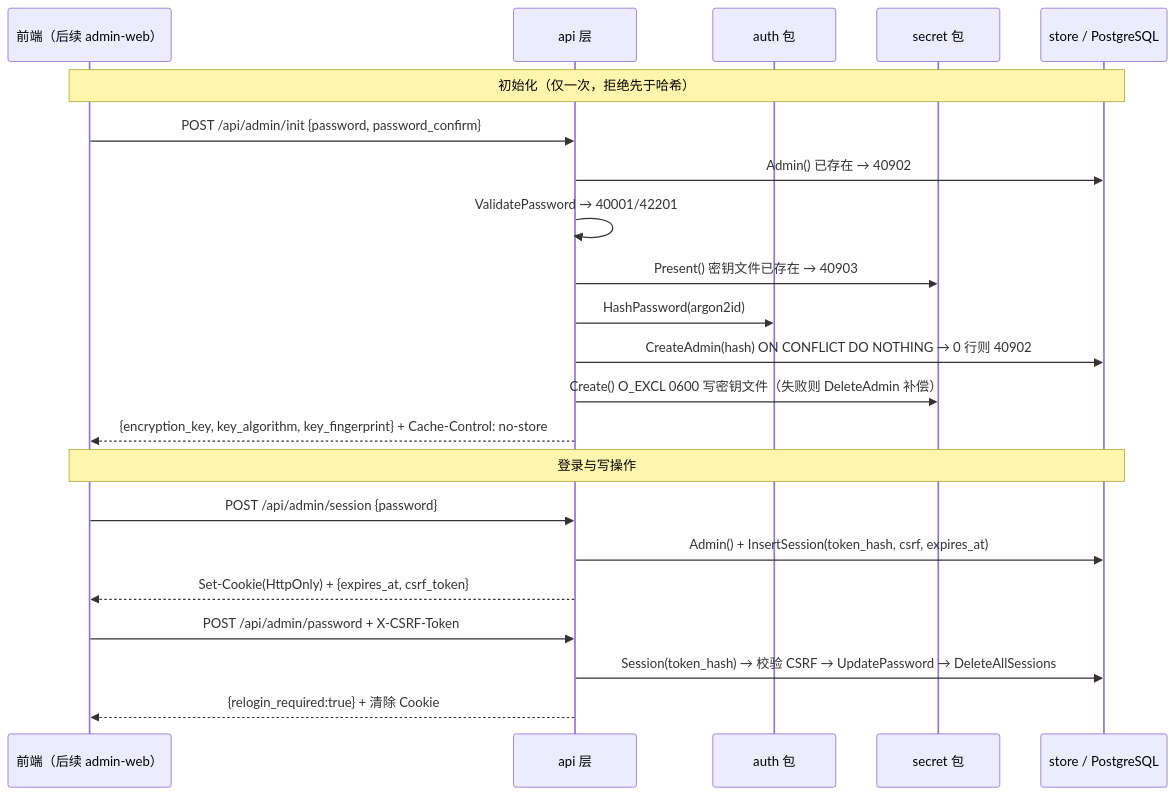
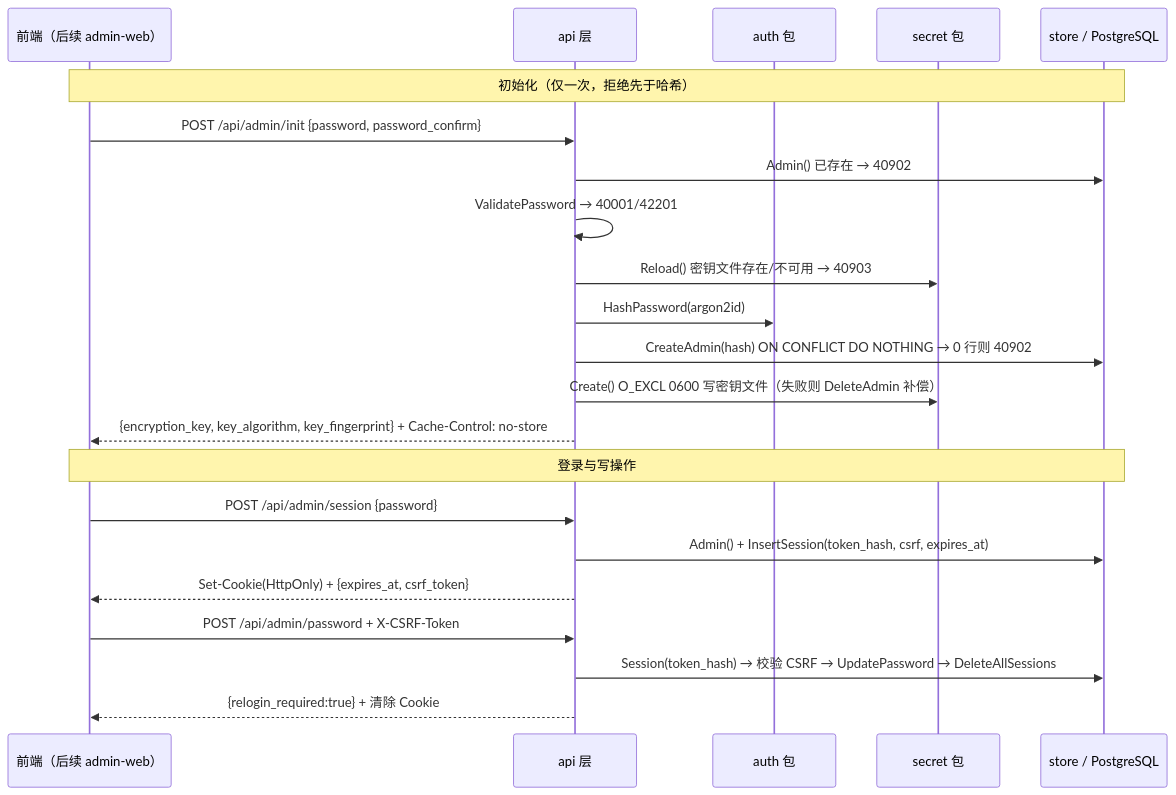
The diagram in specs/2026-11-05-admin-bootstrap/design.md (w1ndys/easy-qfnu-kjs), drawn with Mermaid before and after one commit. The commit also changed other lines of this file and 9 other files, not shown here.

````diff
--- a/specs/2026-11-05-admin-bootstrap/design.md
+++ b/specs/2026-11-05-admin-bootstrap/design.md
@@ -30,25 +30,25 @@
 ```mermaid
 sequenceDiagram
     participant FE as 前端（后续 admin-web）
     participant API as api 层
     participant AUTH as auth 包
     participant SEC as secret 包
     participant ST as store / PostgreSQL
 
     Note over FE,ST: 初始化（仅一次，拒绝先于哈希）
     FE->>API: POST /api/admin/init {password, password_confirm}
     API->>ST: Admin() 已存在 → 40902
     API->>API: ValidatePassword → 40001/42201
-    API->>SEC: Present() 密钥文件已存在 → 40903
+    API->>SEC: Reload() 密钥文件存在/不可用 → 40903
     API->>AUTH: HashPassword(argon2id)
     API->>ST: CreateAdmin(hash) ON CONFLICT DO NOTHING → 0 行则 40902
     API->>SEC: Create() O_EXCL 0600 写密钥文件（失败则 DeleteAdmin 补偿）
     API-->>FE: {encryption_key, key_algorithm, key_fingerprint} + Cache-Control: no-store
     Note over FE,ST: 登录与写操作
     FE->>API: POST /api/admin/session {password}
     API->>ST: Admin() + InsertSession(token_hash, csrf, expires_at)
     API-->>FE: Set-Cookie(HttpOnly) + {expires_at, csrf_token}
     FE->>API: POST /api/admin/password + X-CSRF-Token
     API->>ST: Session(token_hash) → 校验 CSRF → UpdatePassword → DeleteAllSessions
     API-->>FE: {relogin_required:true} + 清除 Cookie
 ```
````
